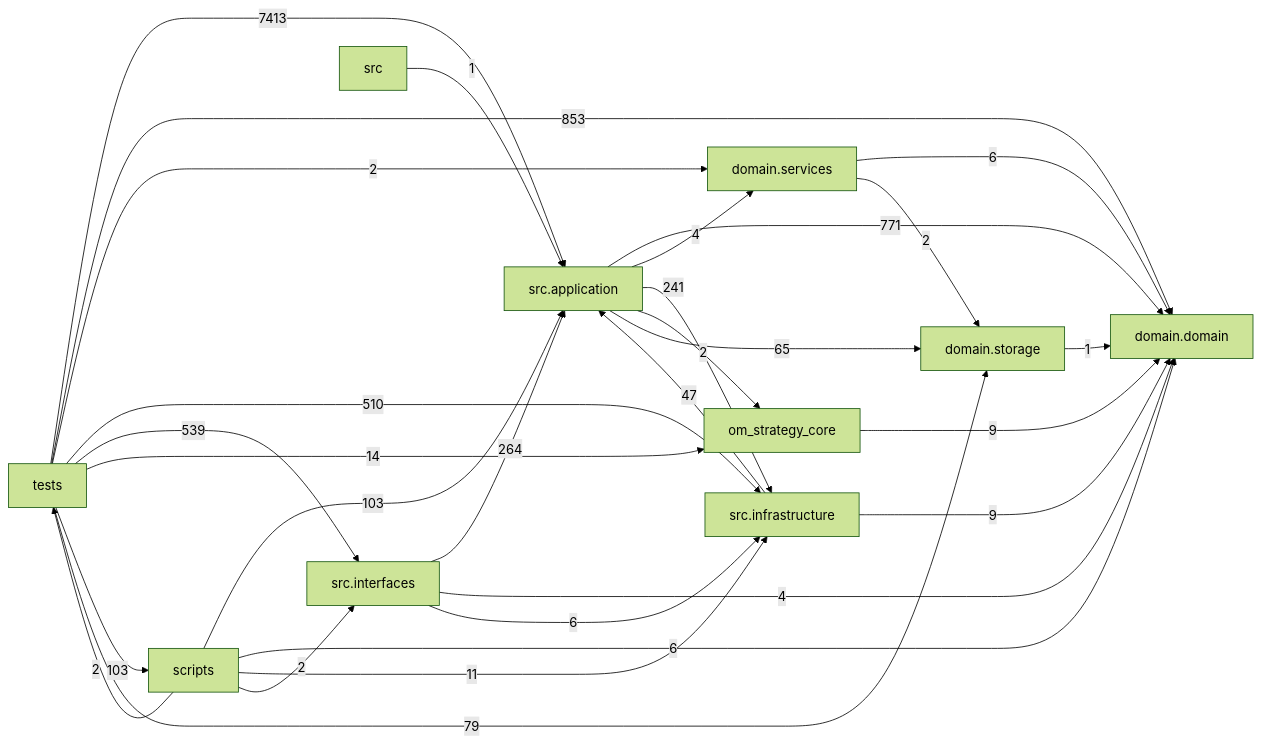
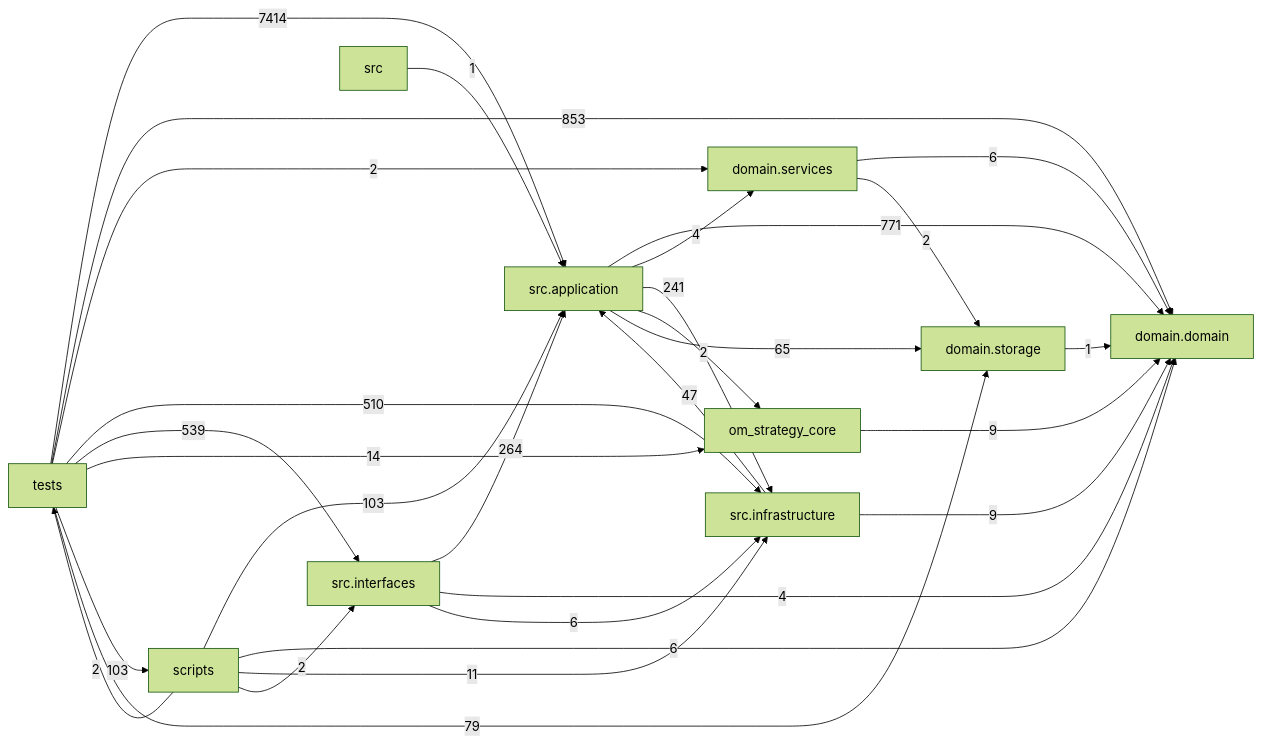
Before and after one commit to liuxie066/options-monitor: the diagram in docs/DEPENDENCY_GRAPH.md, drawn with Mermaid (forest theme). The commit also changed other lines of this file and 1 other file, not shown here.

````diff
--- a/docs/DEPENDENCY_GRAPH.md
+++ b/docs/DEPENDENCY_GRAPH.md
@@ -24,39 +24,39 @@
 ```mermaid
 flowchart LR
   tests["tests"]
   scripts["scripts"]
   interfaces["src.interfaces"]
   application["src.application"]
   infrastructure["src.infrastructure"]
   domain_services["domain.services"]
   domain["domain.domain"]
   storage["domain.storage"]
   application -->|771| domain
   application -->|4| domain_services
   application -->|241| infrastructure
   application -->|2| om_strategy_core
   application -->|65| storage
   domain_services -->|6| domain
   domain_services -->|2| storage
   infrastructure -->|47| application
   infrastructure -->|9| domain
   interfaces -->|264| application
   interfaces -->|4| domain
   interfaces -->|6| infrastructure
   om_strategy_core -->|9| domain
   scripts -->|103| application
   scripts -->|6| domain
   scripts -->|11| infrastructure
   scripts -->|2| interfaces
   scripts -->|2| tests
   src -->|1| application
   storage -->|1| domain
-  tests -->|7413| application
+  tests -->|7414| application
   tests -->|853| domain
   tests -->|2| domain_services
   tests -->|510| infrastructure
   tests -->|539| interfaces
   tests -->|14| om_strategy_core
   tests -->|103| scripts
   tests -->|79| storage
 ```
````
